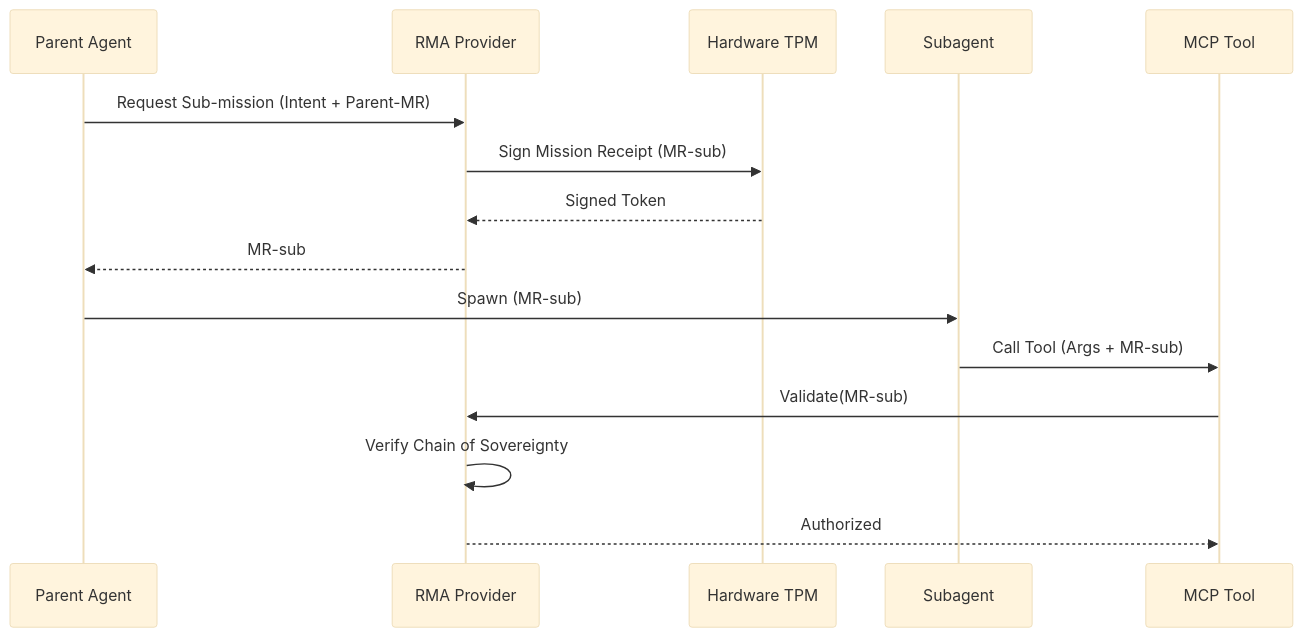
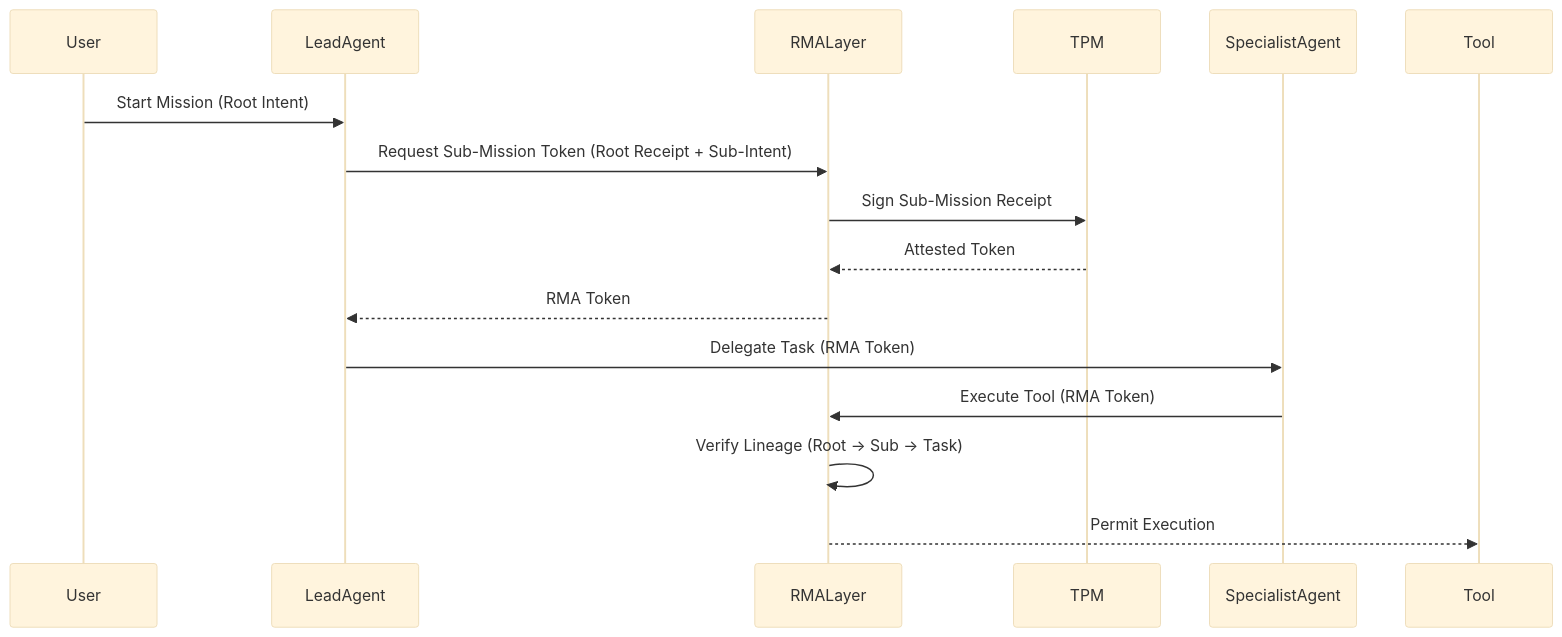
The diagram in docs/features/design-rma-provider.md (mcpany/core), drawn with Mermaid (base theme) before and after one commit. The commit also changed other lines of this file and 87 other files, not shown here.

````diff
--- a/docs/features/design-rma-provider.md
+++ b/docs/features/design-rma-provider.md
@@ -32,18 +31,12 @@
     ```mermaid
     sequenceDiagram
-        participant Parent as Parent Agent
-        participant RMA as RMA Provider
-        participant TPM as Hardware TPM
-        participant Sub as Subagent
-        participant Tool as MCP Tool
-
-        Parent->>RMA: Request Sub-mission (Intent + Parent-MR)
-        RMA->>TPM: Sign Mission Receipt (MR-sub)
-        TPM-->>RMA: Signed Token
-        RMA-->>Parent: MR-sub
-        Parent->>Sub: Spawn (MR-sub)
-        Sub->>Tool: Call Tool (Args + MR-sub)
-        Tool->>RMA: Validate(MR-sub)
-        RMA->>RMA: Verify Chain of Sovereignty
-        RMA-->>Tool: Authorized
+        User->>LeadAgent: Start Mission (Root Intent)
+        LeadAgent->>RMALayer: Request Sub-Mission Token (Root Receipt + Sub-Intent)
+        RMALayer->>TPM: Sign Sub-Mission Receipt
+        TPM-->>RMALayer: Attested Token
+        RMALayer-->>LeadAgent: RMA Token
+        LeadAgent->>SpecialistAgent: Delegate Task (RMA Token)
+        SpecialistAgent->>RMALayer: Execute Tool (RMA Token)
+        RMALayer->>RMALayer: Verify Lineage (Root -> Sub -> Task)
+        RMALayer-->>Tool: Permit Execution
     ```
````
